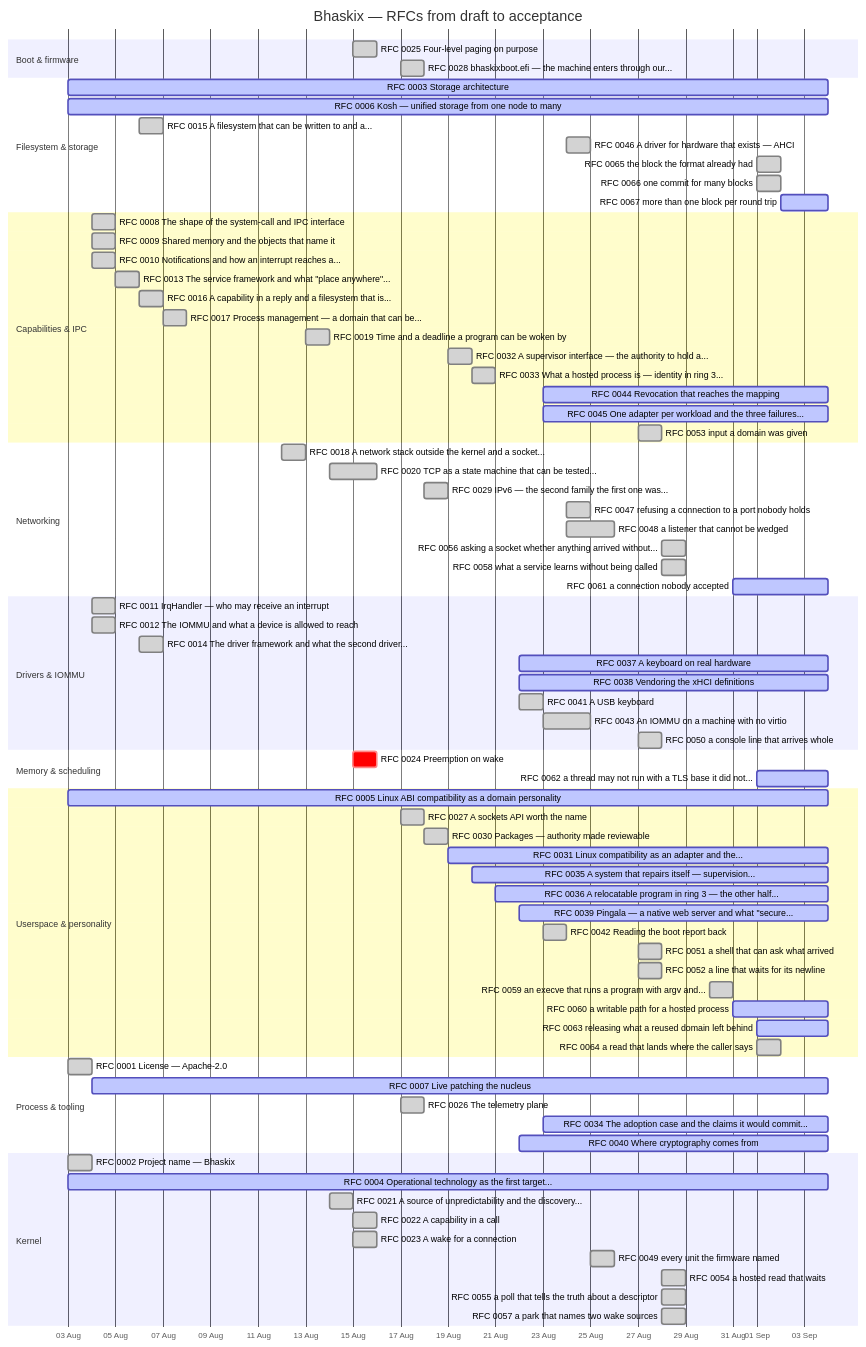
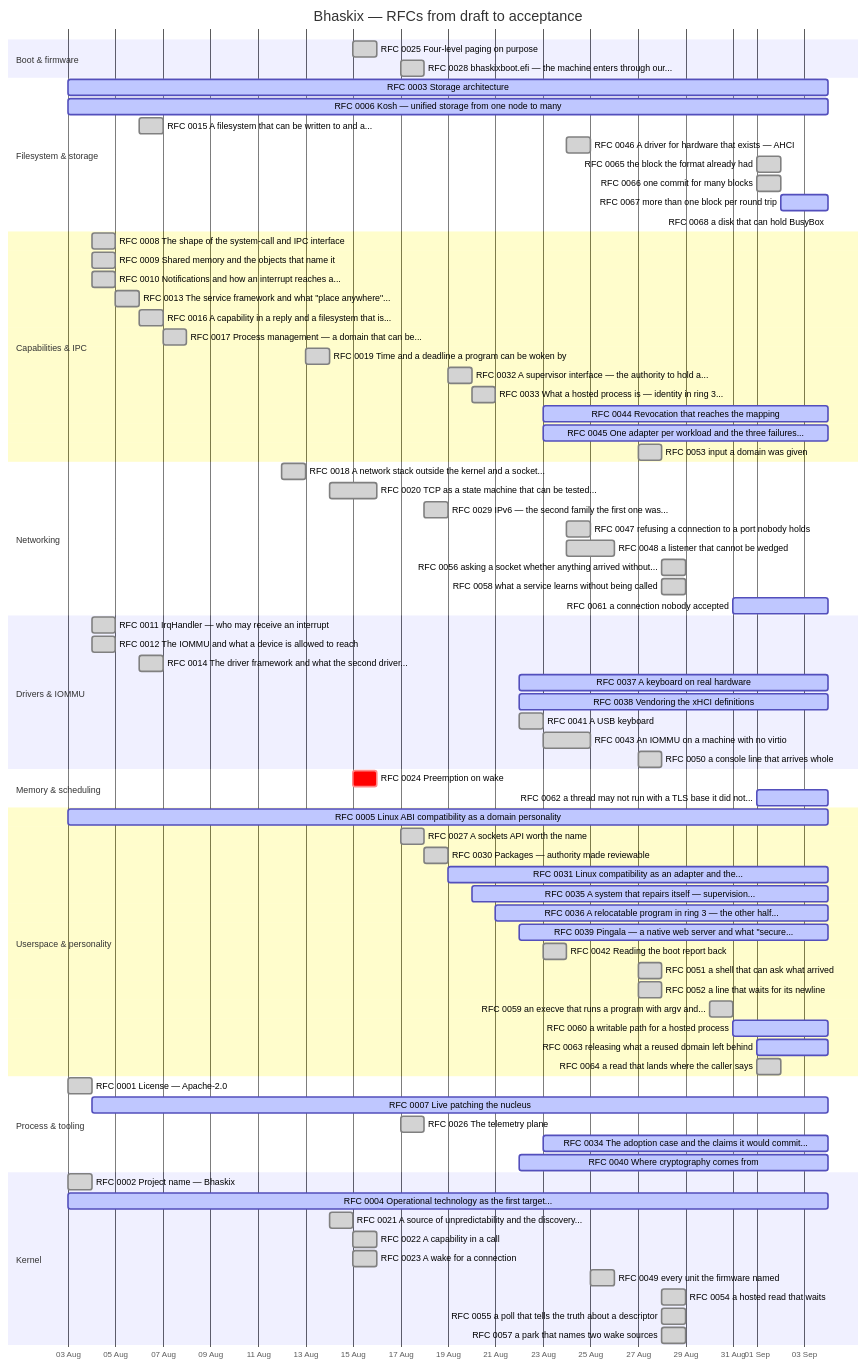
The diagram in docs/progress.md (bhaskix/bhaskix), drawn with Mermaid before and after one commit. The commit also changed other lines of this file and 2 other files, not shown here.

```diff
--- a/docs/progress.md
+++ b/docs/progress.md
@@ -38,6 +38,7 @@
     RFC 0065 the block the format already had :done, r0065, 2026-09-01, 1d
     RFC 0066 one commit for many blocks :done, r0066, 2026-09-01, 1d
     RFC 0067 more than one block per round trip :active, r0067, 2026-09-02, 2026-09-04
+    RFC 0068 a disk that can hold BusyBox :active, r0068, 2026-09-04, 2026-09-04
     section Capabilities & IPC
     RFC 0008 The shape of the system-call and IPC interface :done, r0008, 2026-08-04, 1d
     RFC 0009 Shared memory and the objects that name it :done, r0009, 2026-08-04, 1d
```
